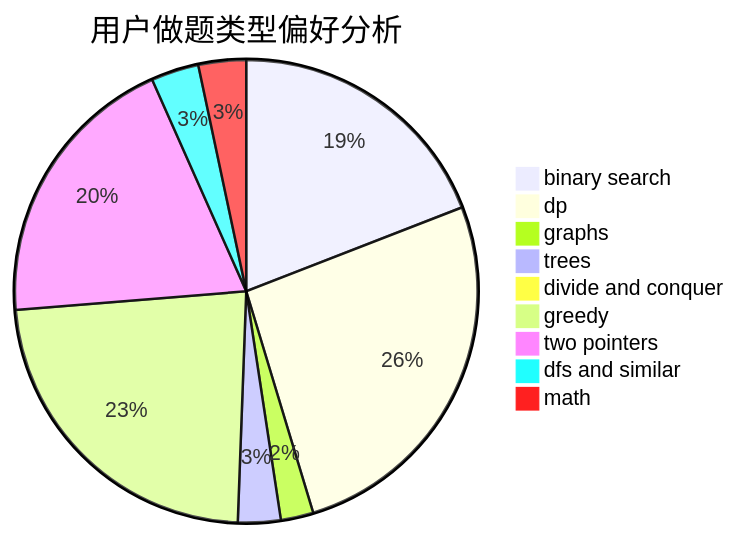
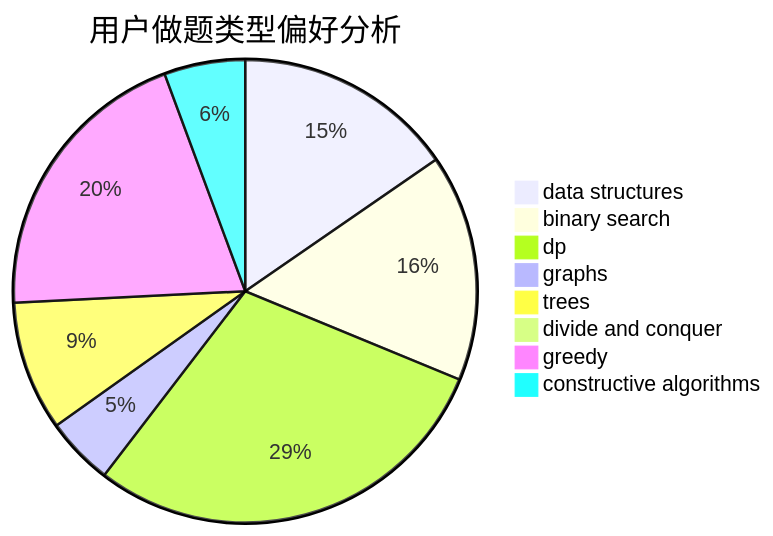
Before and after one commit to sherpahu/cfrs.github.io: the second of 3 diagrams in docs/user/u2742.md, drawn with Mermaid. The commit also changed other lines of this file and 2775 other files, not shown here.

````diff
--- a/docs/user/u2742.md
+++ b/docs/user/u2742.md
@@ -23,12 +23,11 @@
 ```mermaid
 pie title 用户做题类型偏好分析
-    "binary search" :  327
-    "dp" :  449
-    "graphs" :  39
-    "trees" :  51
+    "data structures" :  68
+    "binary search" :  70
+    "dp" :  129
+    "graphs" :  21
+    "trees" :  40
     "divide and conquer" :  0
-    "greedy" :  396
-    "two pointers" :  336
-    "dfs and similar" :  57
-    "math" :  57
+    "greedy" :  89
+    "constructive algorithms" :  25
 ```
````
